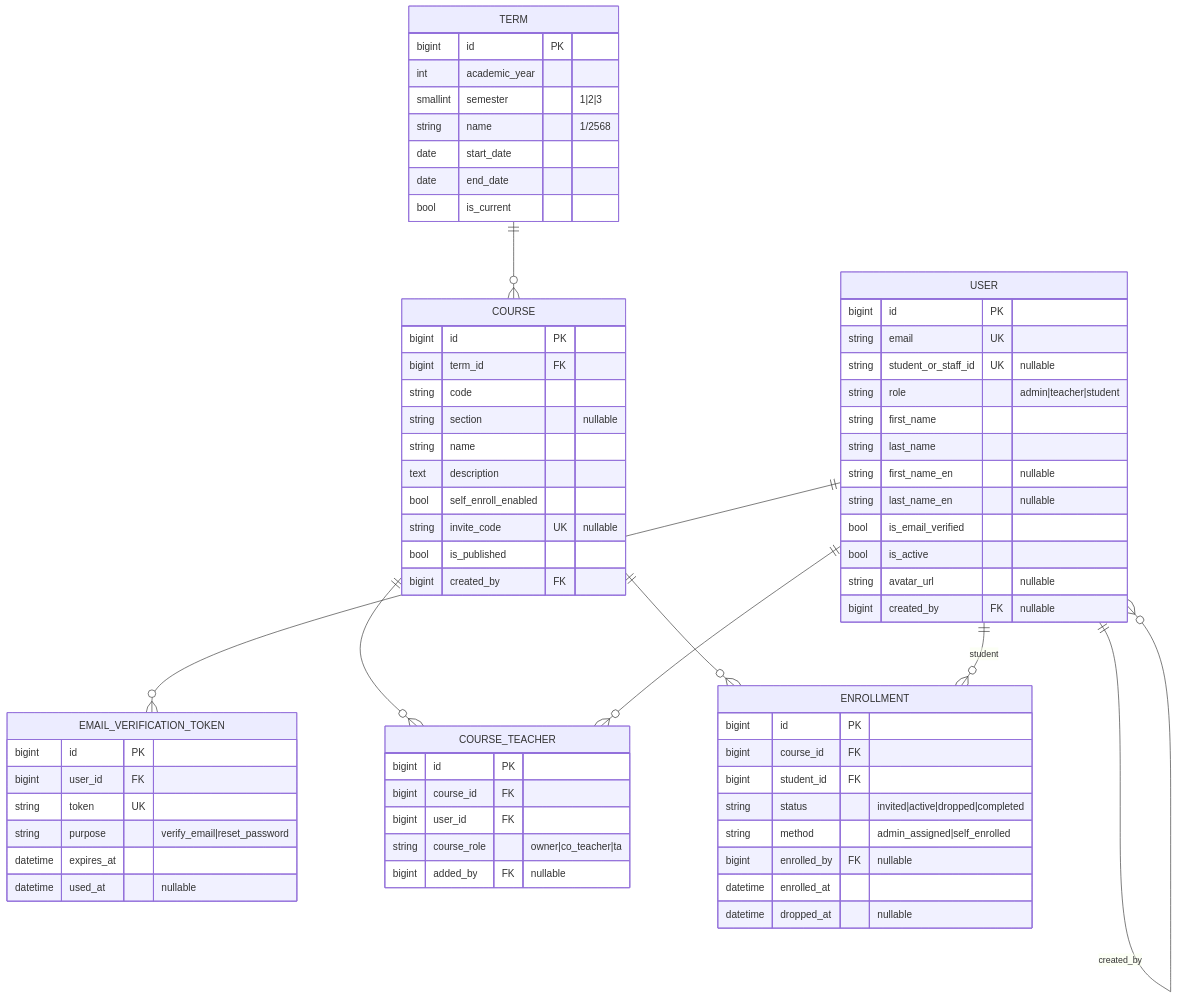
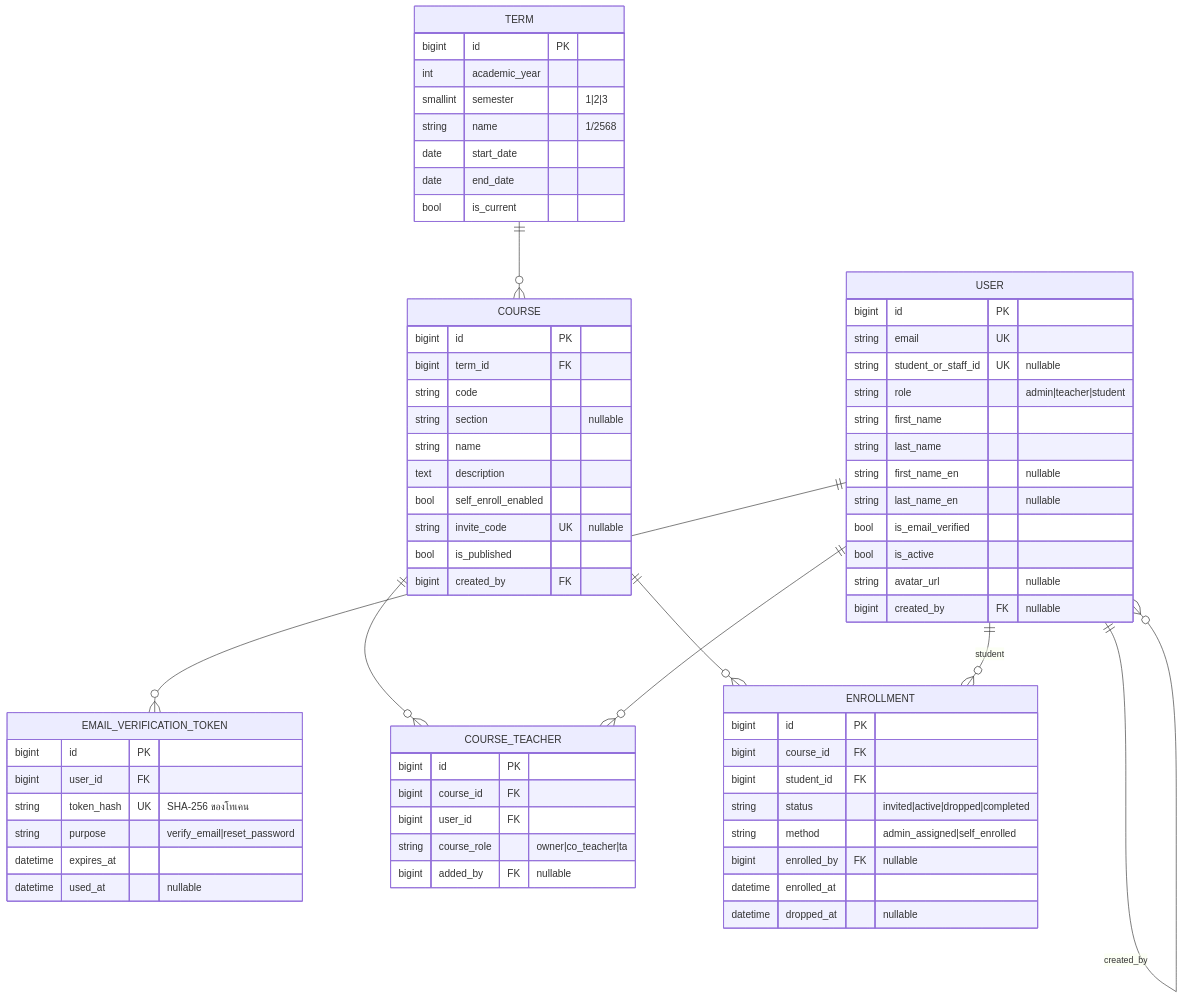
Before and after one commit to AtipatSuttatham/-Mangosteen_Campus: the second of 7 diagrams in docs/database-erd.md, drawn with Mermaid. The commit also changed other lines of this file and 4 other files, not shown here.

````diff
--- a/docs/database-erd.md
+++ b/docs/database-erd.md
@@ -39,71 +39,71 @@
 ```mermaid
 erDiagram
     USER {
         bigint   id PK
         string   email UK
         string   student_or_staff_id UK "nullable"
         string   role "admin|teacher|student"
         string   first_name
         string   last_name
         string   first_name_en "nullable"
         string   last_name_en "nullable"
         bool     is_email_verified
         bool     is_active
         string   avatar_url "nullable"
         bigint   created_by FK "nullable"
     }
     EMAIL_VERIFICATION_TOKEN {
         bigint   id PK
         bigint   user_id FK
-        string   token UK
+        string   token_hash UK "SHA-256 ของโทเคน"
         string   purpose "verify_email|reset_password"
         datetime expires_at
         datetime used_at "nullable"
     }
     TERM {
         bigint   id PK
         int      academic_year
         smallint semester "1|2|3"
         string   name "1/2568"
         date     start_date
         date     end_date
         bool     is_current
     }
     COURSE {
         bigint   id PK
         bigint   term_id FK
         string   code
         string   section "nullable"
         string   name
         text     description
         bool     self_enroll_enabled
         string   invite_code UK "nullable"
         bool     is_published
         bigint   created_by FK
     }
     COURSE_TEACHER {
         bigint   id PK
         bigint   course_id FK
         bigint   user_id FK
         string   course_role "owner|co_teacher|ta"
         bigint   added_by FK "nullable"
     }
     ENROLLMENT {
         bigint   id PK
         bigint   course_id FK
         bigint   student_id FK
         string   status "invited|active|dropped|completed"
         string   method "admin_assigned|self_enrolled"
         bigint   enrolled_by FK "nullable"
         datetime enrolled_at
         datetime dropped_at "nullable"
     }
 
     USER ||--o{ EMAIL_VERIFICATION_TOKEN : ""
     USER ||--o{ USER : "created_by"
     TERM ||--o{ COURSE : ""
     COURSE ||--o{ COURSE_TEACHER : ""
     USER   ||--o{ COURSE_TEACHER : ""
     COURSE ||--o{ ENROLLMENT : ""
     USER   ||--o{ ENROLLMENT : "student"
 ```
````
